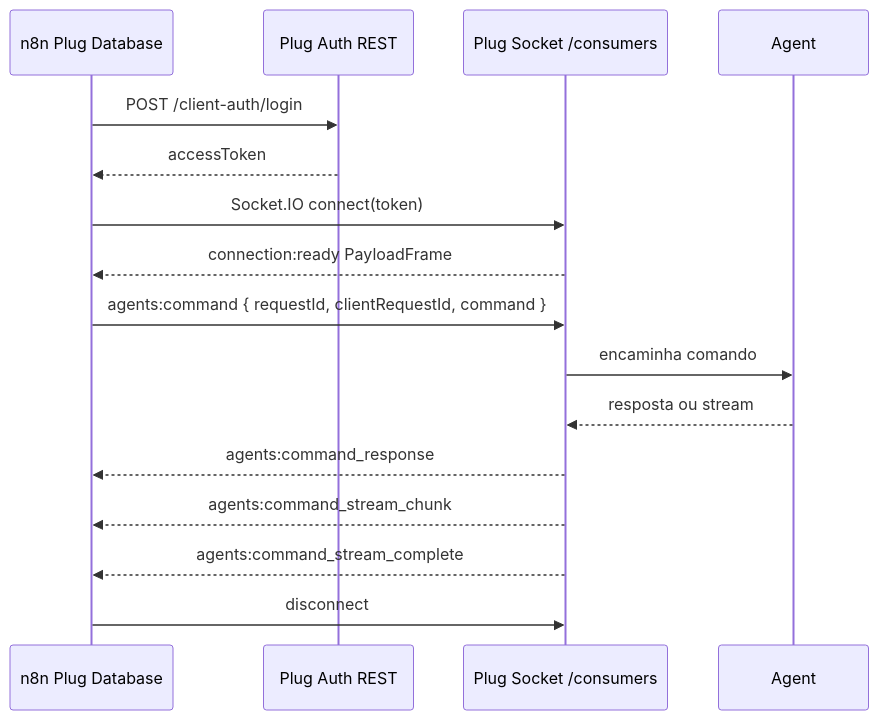
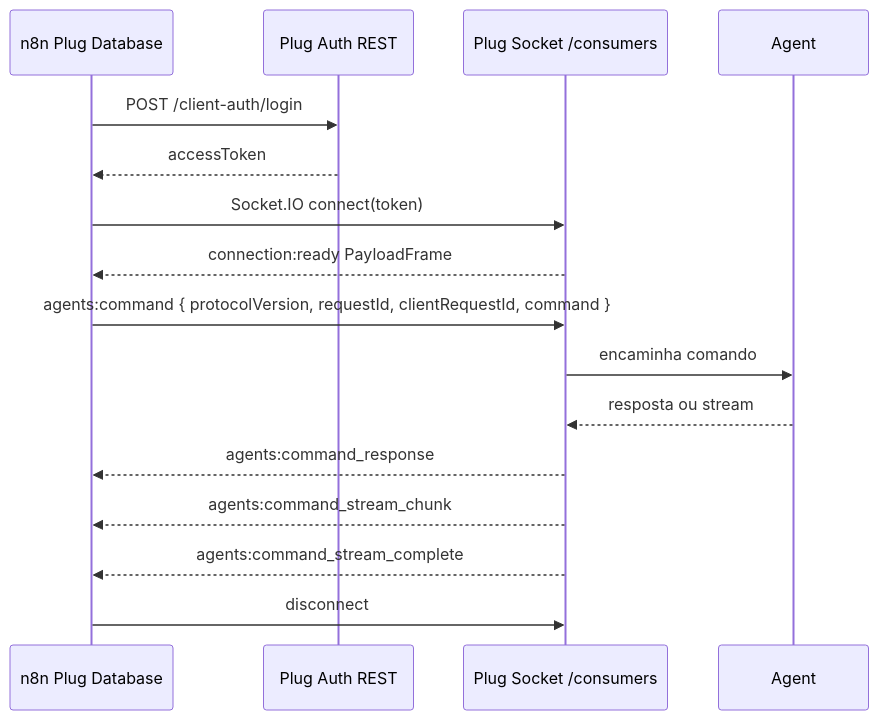
Before and after one commit to cesar-carlos/plug_node: the diagram in docs/socket/sql-socket.md, drawn with Mermaid. The commit also changed other lines of this file and 20 other files, not shown here.

````diff
--- a/docs/socket/sql-socket.md
+++ b/docs/socket/sql-socket.md
@@ -32,19 +32,19 @@
 ```mermaid
 sequenceDiagram
   participant N as n8n Plug Database
   participant A as Plug Auth REST
   participant S as Plug Socket /consumers
   participant G as Agent
 
   N->>A: POST /client-auth/login
   A-->>N: accessToken
   N->>S: Socket.IO connect(token)
   S-->>N: connection:ready PayloadFrame
-  N->>S: agents:command { requestId, clientRequestId, command }
+  N->>S: agents:command { protocolVersion, requestId, clientRequestId, command }
   S->>G: encaminha comando
   G-->>S: resposta ou stream
   S-->>N: agents:command_response
   S-->>N: agents:command_stream_chunk
   S-->>N: agents:command_stream_complete
   N->>S: disconnect
 ```
````
